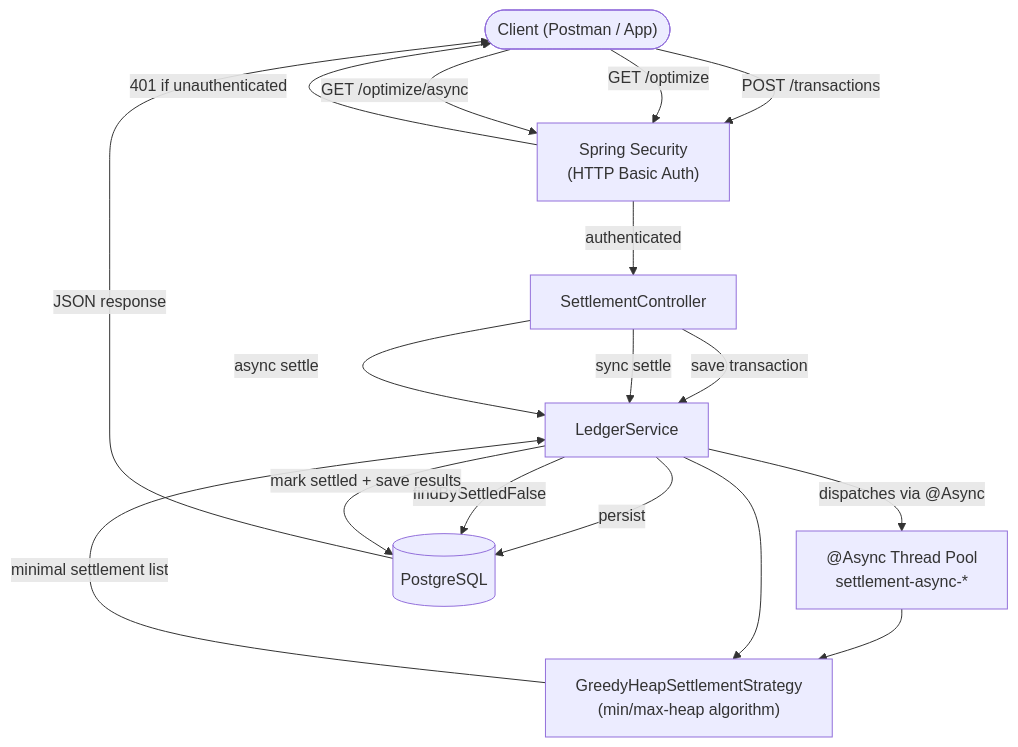
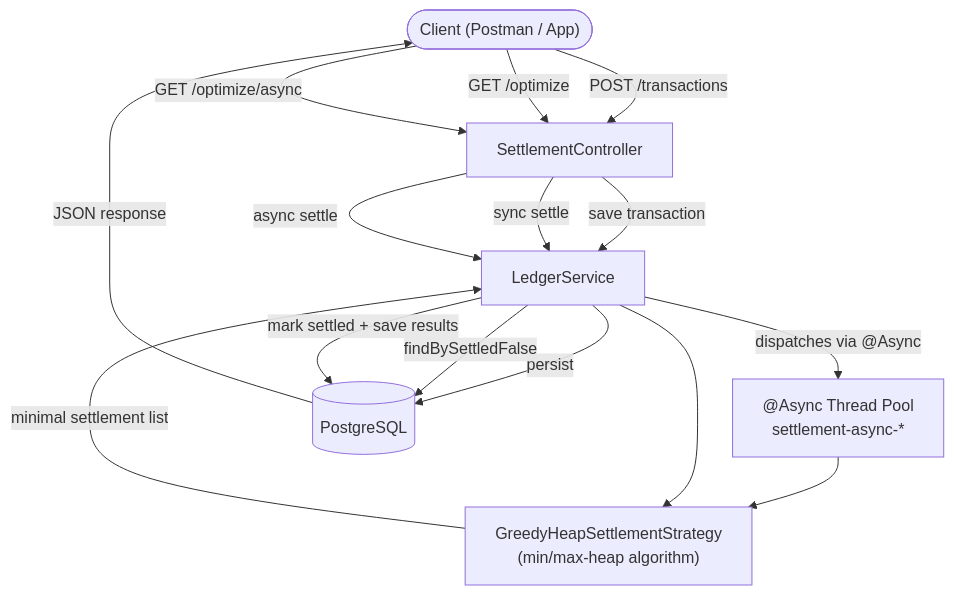
The first of 2 diagrams in cashflow-settlement-engine/README.md (iam-rahulpadhy/cashflow-settlement-engine), drawn with Mermaid before and after one commit. The commit also changed other lines of this file, not shown here.

Commit message:
updated readme file

````diff
--- a/cashflow-settlement-engine/README.md
+++ b/cashflow-settlement-engine/README.md
@@ -11,29 +11,26 @@
 ```mermaid
 flowchart TD
     Client(["Client (Postman / App)"])
-    SF["Spring Security\n(HTTP Basic Auth)"]
     SC["SettlementController"]
     LS["LedgerService"]
     ASYNC["@Async Thread Pool\nsettlement-async-*"]
     ALGO["GreedyHeapSettlementStrategy\n(min/max-heap algorithm)"]
     DB[("PostgreSQL")]
 
-    Client -->|"POST /transactions"| SF
-    Client -->|"GET /optimize"| SF
-    Client -->|"GET /optimize/async"| SF
-    SF -->|"401 if unauthenticated"| Client
-    SF -->|"authenticated"| SC
+    Client -->|"POST /transactions"| SC
+    Client -->|"GET /optimize"| SC
+    Client -->|"GET /optimize/async"| SC
 
     SC -->|"save transaction"| LS
     SC -->|"sync settle"| LS
     SC -->|"async settle"| LS
 
     LS -->|"persist"| DB
     LS -->|"findBySettledFalse"| DB
     LS -->|"dispatches via @Async"| ASYNC
     ASYNC --> ALGO
     LS --> ALGO
     ALGO -->|"minimal settlement list"| LS
     LS -->|"mark settled + save results"| DB
     DB -->|"JSON response"| Client
 ```
````
